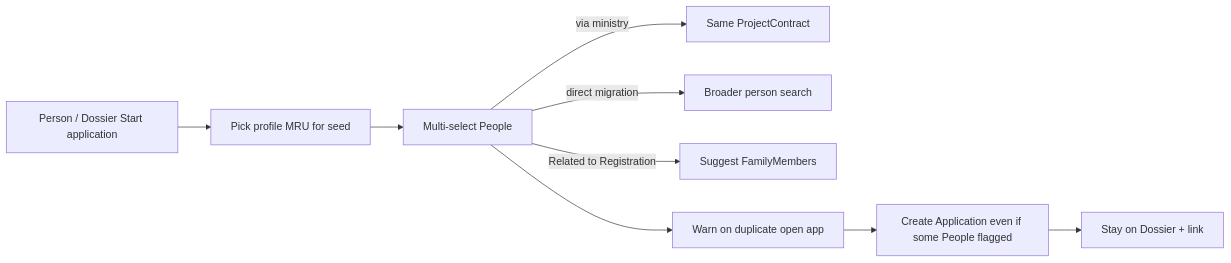
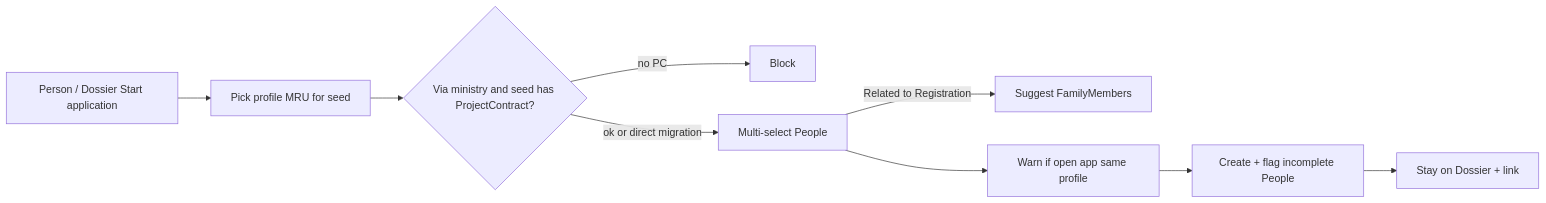
One commit to webapis/Visa2026 changed the third of 5 diagrams in docs/APPLICATION_PROFILE_PLAN.md. Above: the diagram before and after it, drawn with Mermaid. The commit also changed other lines of this file, not shown here.

First line of the commit message:
Lock remaining Person/Dossier start-application edge rules.

````diff
--- a/docs/APPLICATION_PROFILE_PLAN.md
+++ b/docs/APPLICATION_PROFILE_PLAN.md
@@ -315,12 +312,12 @@
 ```mermaid
 flowchart LR
   Seed[Person / Dossier Start application]
   Seed --> Prof[Pick profile MRU for seed]
-  Prof --> People[Multi-select People]
-  People -->|via ministry| PC[Same ProjectContract]
-  People -->|direct migration| Broad[Broader person search]
+  Prof --> Gate{Via ministry and seed has ProjectContract?}
+  Gate -->|no PC| Block[Block]
+  Gate -->|ok or direct migration| People[Multi-select People]
   People -->|Related to Registration| Fam[Suggest FamilyMembers]
-  People --> Warn[Warn on duplicate open app]
-  Warn --> App[Create Application even if some People flagged]
+  People --> Warn[Warn if open app same profile]
+  Warn --> App[Create + flag incomplete People]
   App --> Dossier[Stay on Dossier + link]
 ```
````
